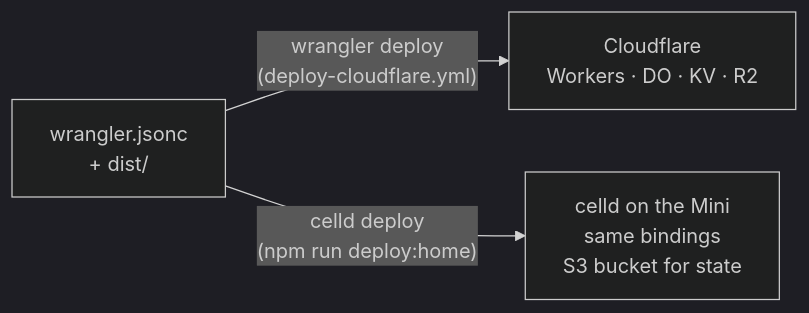
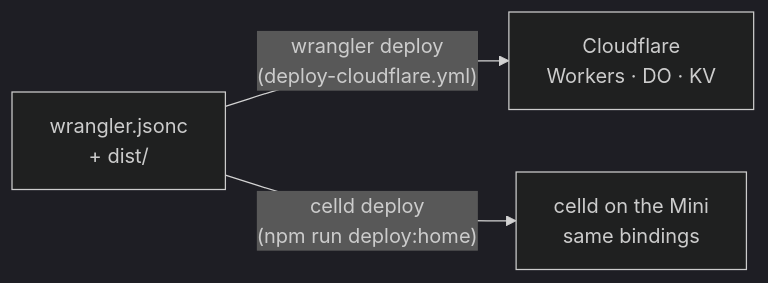
One commit to shotah/gantree2 changed the second of 11 diagrams in docs/architecture.md. Above: the diagram before and after it, drawn with Mermaid (dark theme). The commit also changed other lines of this file and 115 other files, not shown here.

````diff
--- a/docs/architecture.md
+++ b/docs/architecture.md
@@ -121,6 +117,6 @@
 ```mermaid
 flowchart LR
   M[wrangler.jsonc<br/>+ dist/]
-  M -- "wrangler deploy<br/>(deploy-cloudflare.yml)" --> CF["Cloudflare<br/>Workers · DO · KV · R2"]
-  M -- "celld deploy<br/>(npm run deploy:home)" --> HOME["celld on the Mini<br/>same bindings<br/>S3 bucket for state"]
+  M -- "wrangler deploy<br/>(deploy-cloudflare.yml)" --> CF["Cloudflare<br/>Workers · DO · KV"]
+  M -- "celld deploy<br/>(npm run deploy:home)" --> HOME["celld on the Mini<br/>same bindings"]
 ```
````
